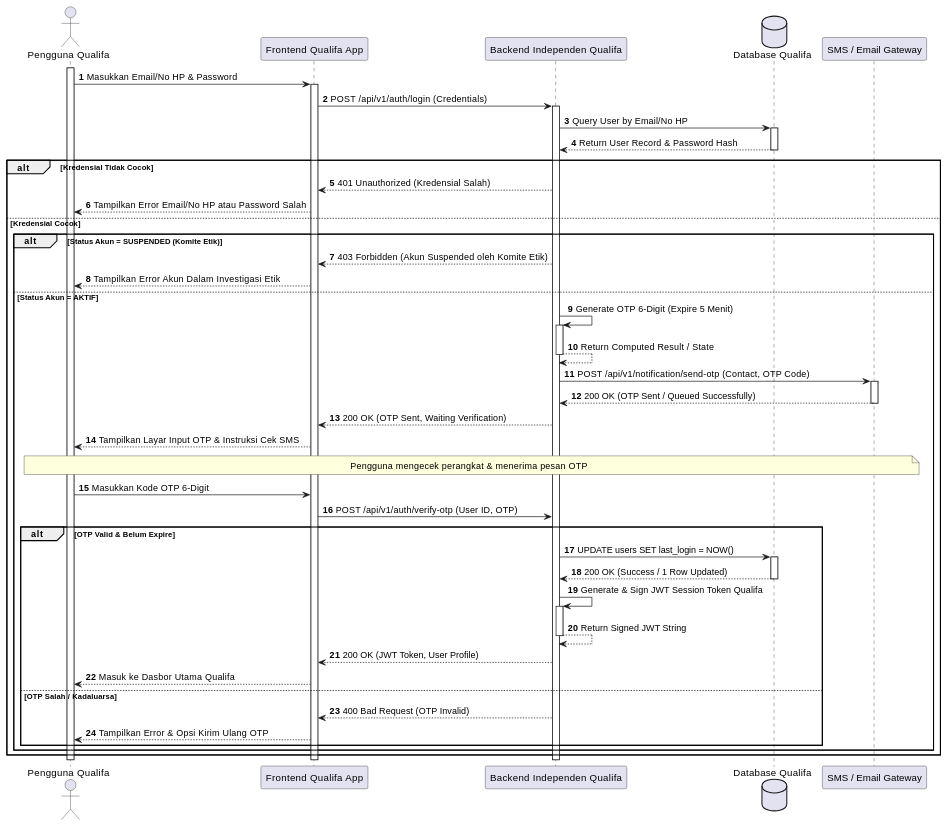
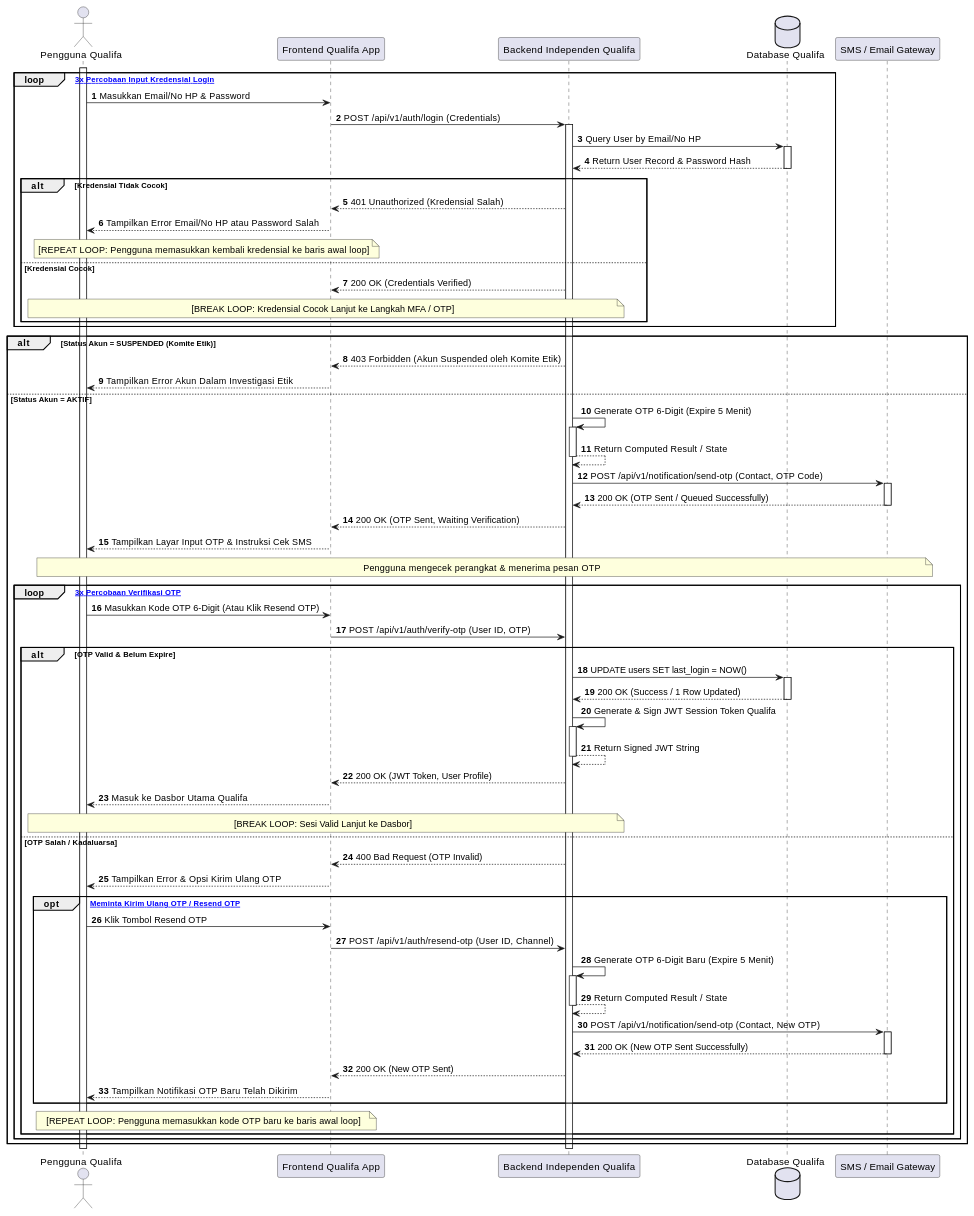
Before and after one commit to tupperwureism/SuperApp-Gagal: diagram 17 of 27 in MarkDown/plantuml_sequence_diagrams.md, drawn with PlantUML. The commit also changed other lines of this file and 2 other files, not shown here.

Commit message:
refactor(uml): standardize outer loop validation pattern and enforce 1-to-1 decision mapping between AD and SD

````diff
--- a/MarkDown/plantuml_sequence_diagrams.md
+++ b/MarkDown/plantuml_sequence_diagrams.md
@@ -928,53 +939,74 @@
 ```plantuml
 @startuml
 autonumber
 actor "Pengguna Qualifa" as User
 participant "Frontend Qualifa App" as FE
 participant "Backend Independen Qualifa" as BE
 database "Database Qualifa" as DB
 participant "SMS / Email Gateway" as SMS
 
 activate User
-User -> FE ++ : Masukkan Email/No HP & Password
-FE -> BE ++ : POST /api/v1/auth/login (Credentials)
+loop [Maksimal 3x Percobaan Input Kredensial Login]
+    User -> FE : Masukkan Email/No HP & Password
+    FE -> BE ++ : POST /api/v1/auth/login (Credentials)
 
-BE -> DB ++ : Query User by Email/No HP
-DB --> BE -- : Return User Record & Password Hash
+    BE -> DB ++ : Query User by Email/No HP
+    DB --> BE -- : Return User Record & Password Hash
 
-alt Kredensial Tidak Cocok
-    BE --> FE : 401 Unauthorized (Kredensial Salah)
-    FE --> User : Tampilkan Error Email/No HP atau Password Salah
-else Kredensial Cocok
-    alt Status Akun = SUSPENDED (Komite Etik)
-        BE --> FE : 403 Forbidden (Akun Suspended oleh Komite Etik)
-        FE --> User : Tampilkan Error Akun Dalam Investigasi Etik
-    else Status Akun = AKTIF
-        BE -> BE ++ : Generate OTP 6-Digit (Expire 5 Menit)
-        BE --> BE -- : Return Computed Result / State
-        BE -> SMS ++ : POST /api/v1/notification/send-otp (Contact, OTP Code)
-        SMS --> BE -- : 200 OK (OTP Sent / Queued Successfully)
-        BE --> FE : 200 OK (OTP Sent, Waiting Verification)
-        FE --> User : Tampilkan Layar Input OTP & Instruksi Cek SMS
-        note over User, SMS : Pengguna mengecek perangkat & menerima pesan OTP
-        
-        User -> FE : Masukkan Kode OTP 6-Digit
+    alt Kredensial Tidak Cocok
+        BE --> FE : 401 Unauthorized (Kredensial Salah)
+        FE --> User : Tampilkan Error Email/No HP atau Password Salah
+        note over User, FE : [REPEAT LOOP: Pengguna memasukkan kembali kredensial ke baris awal loop]
+    else Kredensial Cocok
+        BE --> FE : 200 OK (Credentials Verified)
+        note over User, BE : [BREAK LOOP: Kredensial Cocok Lanjut ke Langkah MFA / OTP]
+    end
+end
+
+alt Status Akun = SUSPENDED (Komite Etik)
+    BE --> FE : 403 Forbidden (Akun Suspended oleh Komite Etik)
+    FE --> User : Tampilkan Error Akun Dalam Investigasi Etik
+else Status Akun = AKTIF
+    BE -> BE ++ : Generate OTP 6-Digit (Expire 5 Menit)
+    BE --> BE -- : Return Computed Result / State
+    BE -> SMS ++ : POST /api/v1/notification/send-otp (Contact, OTP Code)
+    SMS --> BE -- : 200 OK (OTP Sent / Queued Successfully)
+    BE --> FE : 200 OK (OTP Sent, Waiting Verification)
+    FE --> User : Tampilkan Layar Input OTP & Instruksi Cek SMS
+    note over User, SMS : Pengguna mengecek perangkat & menerima pesan OTP
+    
+    loop [Maksimal 3x Percobaan Verifikasi OTP]
+        User -> FE : Masukkan Kode OTP 6-Digit (Atau Klik Resend OTP)
         FE -> BE : POST /api/v1/auth/verify-otp (User ID, OTP)
         
         alt OTP Valid & Belum Expire
             BE -> DB ++ : UPDATE users SET last_login = NOW()
             DB --> BE -- : 200 OK (Success / 1 Row Updated)
             BE -> BE ++ : Generate & Sign JWT Session Token Qualifa
             BE --> BE -- : Return Signed JWT String
             BE --> FE : 200 OK (JWT Token, User Profile)
             FE --> User : Masuk ke Dasbor Utama Qualifa
+            note over User, BE : [BREAK LOOP: Sesi Valid Lanjut ke Dasbor]
         else OTP Salah / Kadaluarsa
             BE --> FE : 400 Bad Request (OTP Invalid)
             FE --> User : Tampilkan Error & Opsi Kirim Ulang OTP
+            
+            opt [Pengguna Meminta Kirim Ulang OTP / Resend OTP]
+                User -> FE : Klik Tombol Resend OTP
+                FE -> BE : POST /api/v1/auth/resend-otp (User ID, Channel)
+                BE -> BE ++ : Generate OTP 6-Digit Baru (Expire 5 Menit)
+                BE --> BE -- : Return Computed Result / State
+                BE -> SMS ++ : POST /api/v1/notification/send-otp (Contact, New OTP)
+                SMS --> BE -- : 200 OK (New OTP Sent Successfully)
+                BE --> FE : 200 OK (New OTP Sent)
+                FE --> User : Tampilkan Notifikasi OTP Baru Telah Dikirim
+            end
+            note over User, FE : [REPEAT LOOP: Pengguna memasukkan kode OTP baru ke baris awal loop]
         end
     end
 end
 deactivate BE
 deactivate FE
 deactivate User
 @enduml
 ```
````
